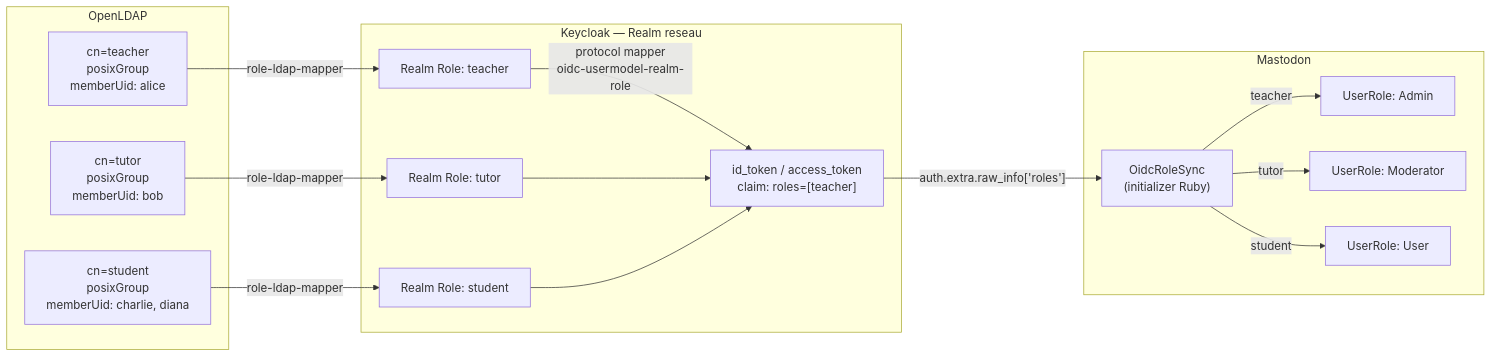
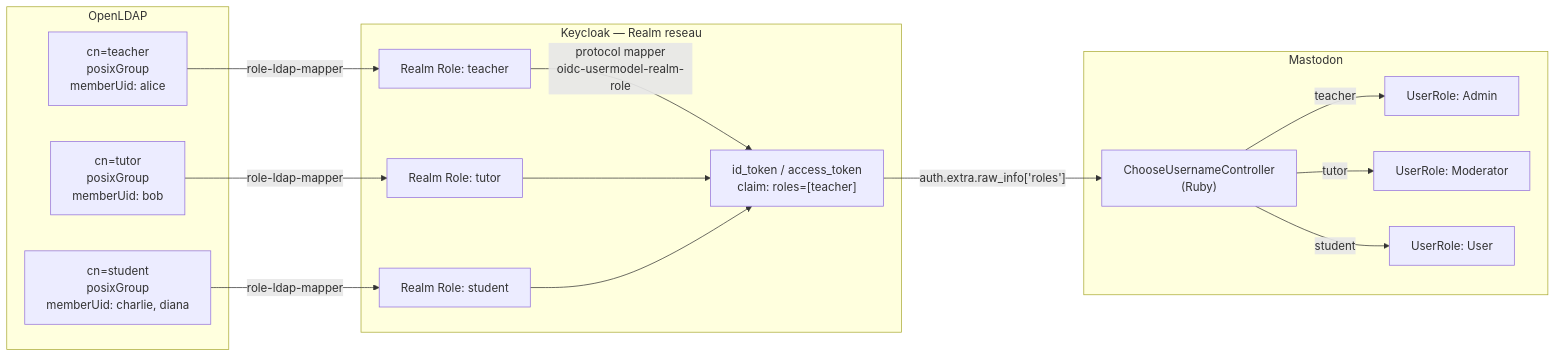
The diagram in diagrams/05-mapping-roles.md (lucmon-masi/projet-reseau), drawn with Mermaid before and after one commit. The commit also changed 21 other files, not shown here.

````diff
--- a/diagrams/05-mapping-roles.md
+++ b/diagrams/05-mapping-roles.md
@@ -1,35 +1,35 @@
 ```mermaid
 flowchart LR
     subgraph LDAP["OpenLDAP"]
         G1["cn=teacher<br/>posixGroup<br/>memberUid: alice"]
         G2["cn=tutor<br/>posixGroup<br/>memberUid: bob"]
         G3["cn=student<br/>posixGroup<br/>memberUid: charlie, diana"]
     end
 
     subgraph KC["Keycloak — Realm reseau"]
         R1["Realm Role: teacher"]
         R2["Realm Role: tutor"]
         R3["Realm Role: student"]
         TK["id_token / access_token<br/>claim: roles=[teacher]"]
     end
 
     subgraph Mastodon["Mastodon"]
         M1["UserRole: Admin"]
         M2["UserRole: Moderator"]
         M3["UserRole: User"]
-        CB["OidcRoleSync<br/>(initializer Ruby)"]
+        CB["ChooseUsernameController<br/>(Ruby)"]
     end
 
     G1 -->|"role-ldap-mapper"| R1
     G2 -->|"role-ldap-mapper"| R2
     G3 -->|"role-ldap-mapper"| R3
 
     R1 -->|"protocol mapper<br/>oidc-usermodel-realm-role"| TK
     R2 --> TK
     R3 --> TK
 
     TK -->|"auth.extra.raw_info['roles']"| CB
     CB -->|"teacher"| M1
     CB -->|"tutor"| M2
     CB -->|"student"| M3
 ```
````
